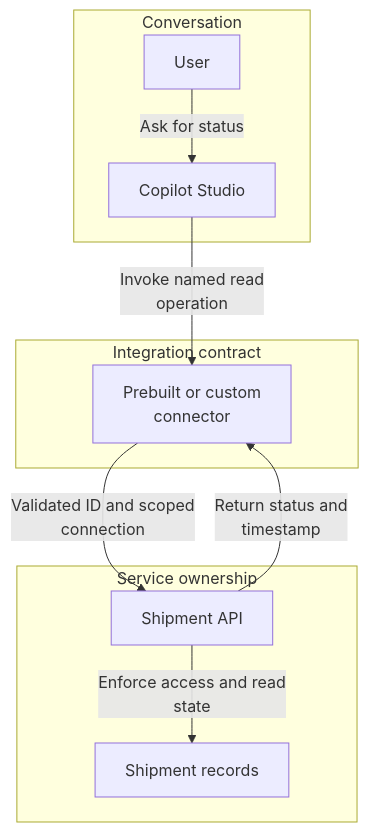
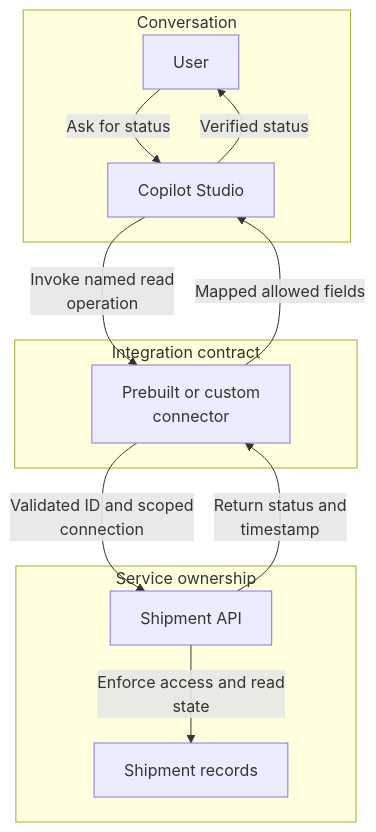
One commit to abhishek-ai-enabler/copilotstudio-architecture-patterns changed the first of 2 diagrams in technical-patterns/connector-action.md. Above: the diagram before and after it, drawn with Mermaid. The commit also changed 41 other files, not shown here.

First line of the commit message:
Review diagrams: add return paths and fix flow accuracy

````diff
--- a/technical-patterns/connector-action.md
+++ b/technical-patterns/connector-action.md
@@ -7,21 +7,23 @@
 ```mermaid
 flowchart TB
     accTitle: Expose a narrow business operation through a connector - architecture
     accDescr: Approve specific business operations and scopes, not broad API reach. A shipment status question should have no route to a write unless a separate change is explicitly authorized.
     subgraph group0["Conversation"]
         U["User"]
         A["Copilot Studio"]
     end
     subgraph group2["Integration contract"]
         C["Prebuilt or custom<br/>connector"]
     end
     subgraph group3["Service ownership"]
         S["Shipment API"]
         D["Shipment records"]
     end
     U -->|"Ask for status"| A
     A -->|"Invoke named read<br/>operation"| C
     C -->|"Validated ID and scoped<br/>connection"| S
     S -->|"Enforce access and read<br/>state"| D
     S -->|"Return status and<br/>timestamp"| C
+    C -->|"Mapped allowed fields"| A
+    A -->|"Verified status"| U
 ```
````
